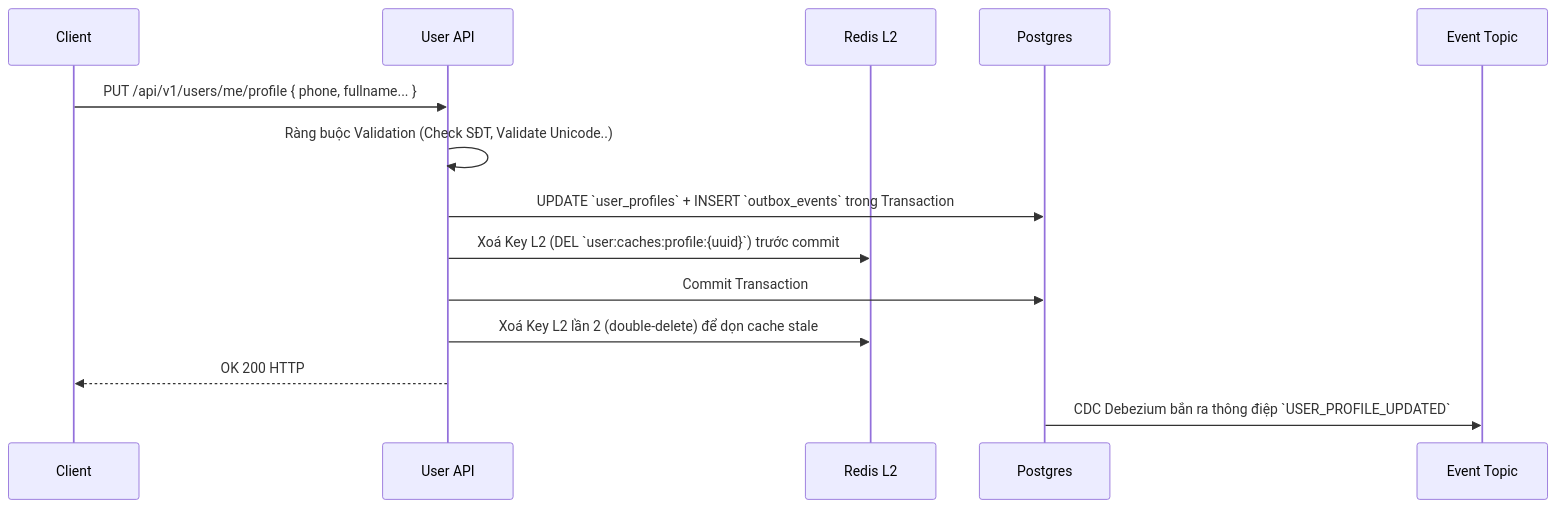
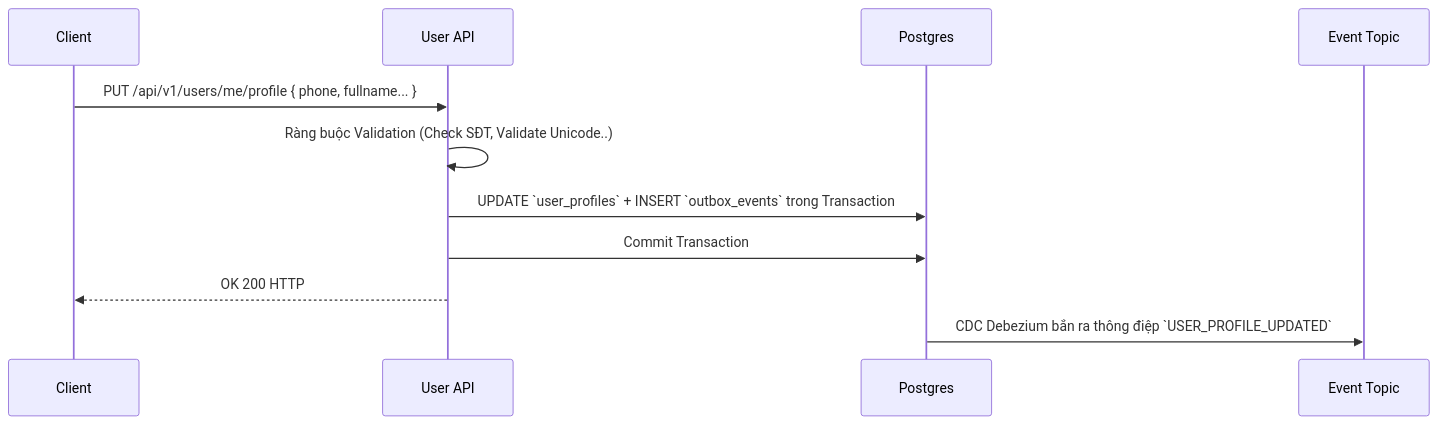
One commit to quangdung2110/e-commerce-microservices changed the second of 3 diagrams in docs/user/user_workflows.md. Above: the diagram before and after it, drawn with Mermaid. The commit also changed other lines of this file and 6 other files, not shown here.

````diff
--- a/docs/user/user_workflows.md
+++ b/docs/user/user_workflows.md
@@ -72,18 +69,15 @@
 ```mermaid
 sequenceDiagram
     participant App as Client
     participant API as User API
-    participant L2 as Redis L2
     participant DB as Postgres
     participant Kafka as Event Topic
 
     App->>API: PUT /api/v1/users/me/profile { phone, fullname... }
     API->>API: Ràng buộc Validation (Check SĐT, Validate Unicode..)
     API->>DB: UPDATE `user_profiles` + INSERT `outbox_events` trong Transaction
-    API->>L2: Xoá Key L2 (DEL `user:caches:profile:{uuid}`) trước commit
     API->>DB: Commit Transaction
-    API->>L2: Xoá Key L2 lần 2 (double-delete) để dọn cache stale
     API-->>App: OK 200 HTTP
 
     DB->>Kafka: CDC Debezium bắn ra thông điệp `USER_PROFILE_UPDATED`
 ```
````
